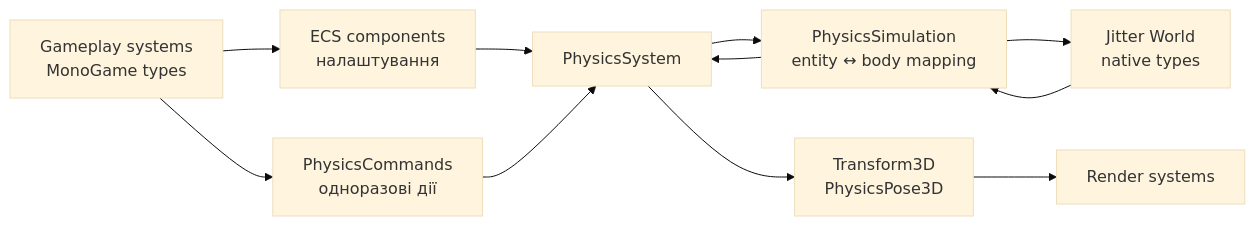
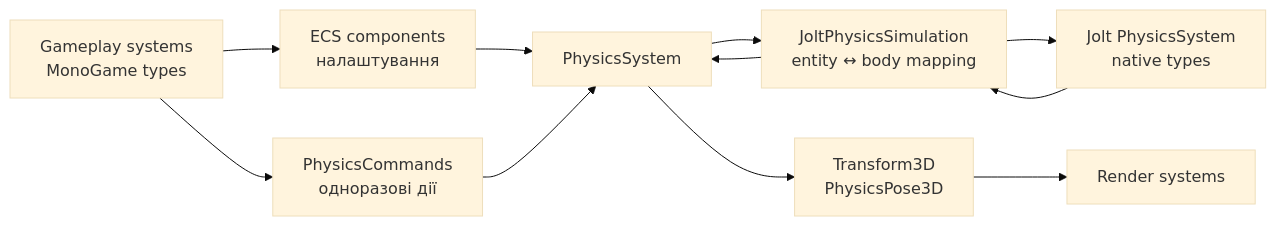
Before and after one commit to 7wai7/MonoGame-project: the third of 3 diagrams in docs/diagrams/05-physics-fixed-step.md, drawn with Mermaid (base theme). The commit also changed other lines of this file and 47 other files, not shown here.

Commit message:
feat(terrain): add streamed EXR terrain and Jolt heightfield physics - Added landscape based on EXR maps, chunks, and streaming rendering with LOD. - Replaced Jitter2 with Jolt; added heightfield colliders around the camera and moving bodies. - Added performance metrics and a physics smoke test.

```diff
--- a/docs/diagrams/05-physics-fixed-step.md
+++ b/docs/diagrams/05-physics-fixed-step.md
@@ -198,13 +196,13 @@
 ~~~mermaid
 flowchart LR
     Gameplay["Gameplay systems<br/>MonoGame types"] --> Components["ECS components<br/>налаштування"]
     Gameplay --> Commands["PhysicsCommands<br/>одноразові дії"]
     Components --> Bridge["PhysicsSystem"]
     Commands --> Bridge
-    Bridge --> Simulation["PhysicsSimulation<br/>entity ↔ body mapping"]
-    Simulation --> Jitter["Jitter World<br/>native types"]
-    Jitter --> Simulation
+    Bridge --> Simulation["JoltPhysicsSimulation<br/>entity ↔ body mapping"]
+    Simulation --> Jolt["Jolt PhysicsSystem<br/>native types"]
+    Jolt --> Simulation
     Simulation --> Bridge
     Bridge --> Transform["Transform3D<br/>PhysicsPose3D"]
     Transform --> Render["Render systems"]
 ~~~
```
